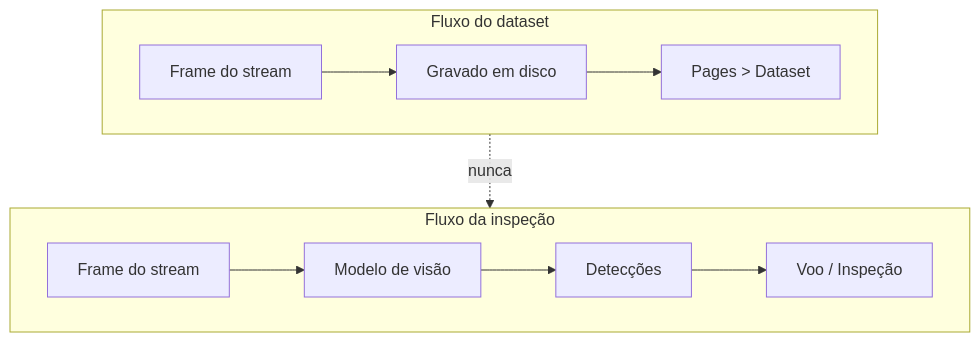
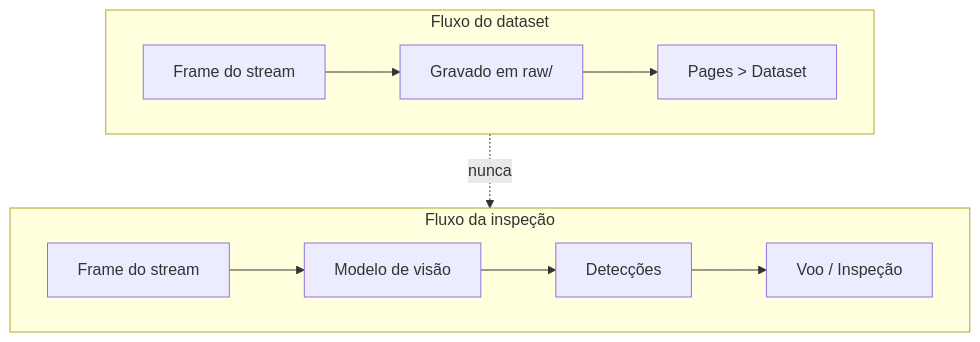
Before and after one commit to jmetrimiranda/fly_hub_system-front_end-: the fourth of 4 diagrams in docs/datasets.md, drawn with Mermaid. The commit also changed other lines of this file and 63 other files, not shown here.

````diff
--- a/docs/datasets.md
+++ b/docs/datasets.md
@@ -67,10 +382,10 @@
 ```mermaid
 flowchart TB
     subgraph cru["Fluxo do dataset"]
-        f1["Frame do stream"] --> f2["Gravado em disco"] --> f3["Pages > Dataset"]
+        f1["Frame do stream"] --> f2["Gravado em raw/"] --> f3["Pages > Dataset"]
     end
     subgraph proc["Fluxo da inspeção"]
         g1["Frame do stream"] --> g2["Modelo de visão"] --> g3["Detecções"] --> g4["Voo / Inspeção"]
     end
     cru -.->|nunca| proc
 ```
````
